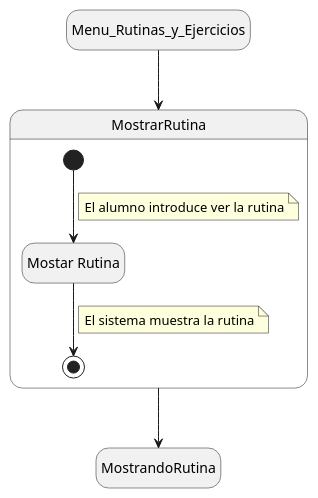
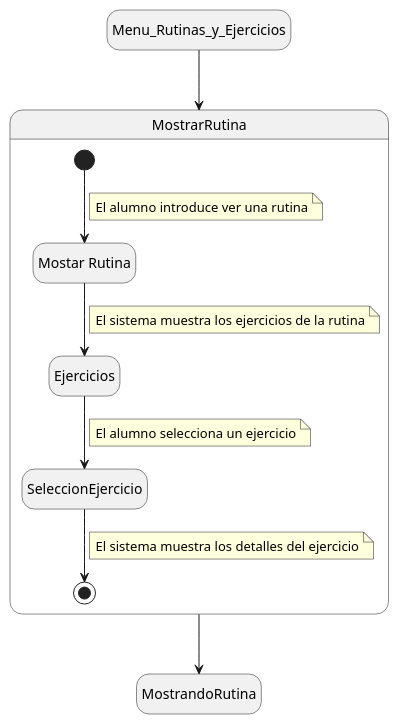
Before and after one commit to mmasias/24-25-IdSw1-SDR: the diagram in Documentos/DetallarCasosDeUso/Alumno/MostrarRutina.puml, drawn with PlantUML.

```diff
--- a/Documentos/DetallarCasosDeUso/Alumno/MostrarRutina.puml
+++ b/Documentos/DetallarCasosDeUso/Alumno/MostrarRutina.puml
@@ -1,22 +1,30 @@
-@startuml
+@startuml 
 
 hide empty description
 
 state Menu_Rutinas_y_Ejercicios
 state MostrandoRutina
 
 state MostrarRutina {
   state VerRutina as "Mostar Rutina"
   [*] --> VerRutina
   note on link
-    El alumno introduce ver la rutina
+    El alumno introduce ver una rutina
   end note
-  VerRutina --> [*]
+  VerRutina --> Ejercicios
   note on link
-    El sistema muestra la rutina
+    El sistema muestra los ejercicios de la rutina
+  end note
+  Ejercicios --> SeleccionEjercicio
+  note on link
+    El alumno selecciona un ejercicio
+  end note
+  SeleccionEjercicio --> [*]
+  note on link
+    El sistema muestra los detalles del ejercicio
   end note
 }
 
 Menu_Rutinas_y_Ejercicios --> MostrarRutina
 MostrarRutina --> MostrandoRutina
 @enduml
```
